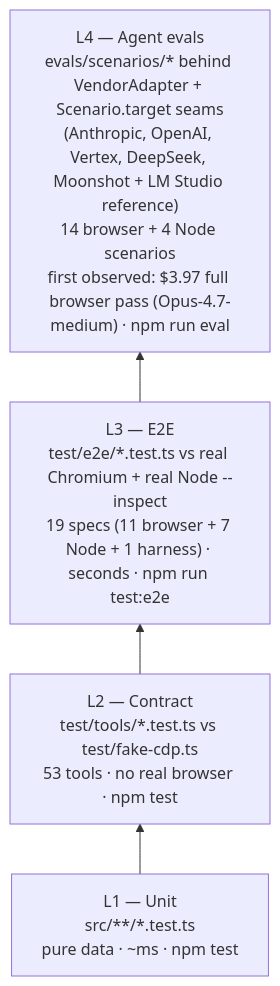
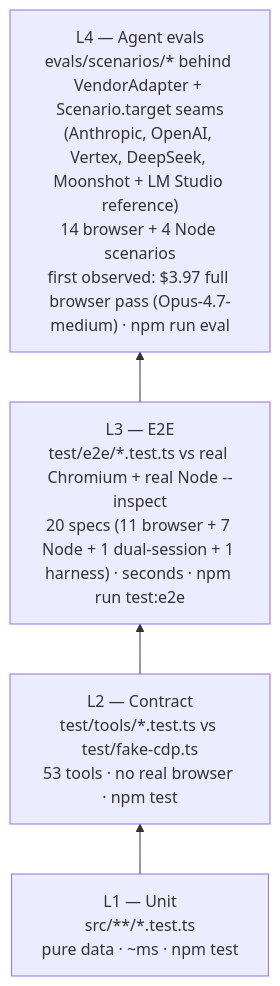
Before and after one commit to lcjanke2020/lynceus: the sixth of 6 diagrams in docs/ARCHITECTURE.md, drawn with Mermaid. The commit also changed other lines of this file and 13 other files, not shown here.

First line of the commit message:
test: add full-stack dual-session e2e flow (LEO-116 pt 5) (#70)

````diff
--- a/docs/ARCHITECTURE.md
+++ b/docs/ARCHITECTURE.md
@@ -169,8 +169,8 @@
 ```mermaid
 flowchart BT
     L1["L1 — Unit<br/>src/**/*.test.ts<br/>pure data · ~ms · npm test"]
     L2["L2 — Contract<br/>test/tools/*.test.ts vs test/fake-cdp.ts<br/>53 tools · no real browser · npm test"]
-    L3["L3 — E2E<br/>test/e2e/*.test.ts vs real Chromium + real Node --inspect<br/>19 specs (11 browser + 7 Node + 1 harness) · seconds · npm run test:e2e"]
+    L3["L3 — E2E<br/>test/e2e/*.test.ts vs real Chromium + real Node --inspect<br/>20 specs (11 browser + 7 Node + 1 dual-session + 1 harness) · seconds · npm run test:e2e"]
     L4["L4 — Agent evals<br/>evals/scenarios/* behind VendorAdapter + Scenario.target seams<br/>(Anthropic, OpenAI, Vertex, DeepSeek, Moonshot + LM Studio reference)<br/>14 browser + 4 Node scenarios<br/>first observed: $3.97 full browser pass (Opus-4.7-medium) · npm run eval"]
     L1 --> L2 --> L3 --> L4
 ```
````
